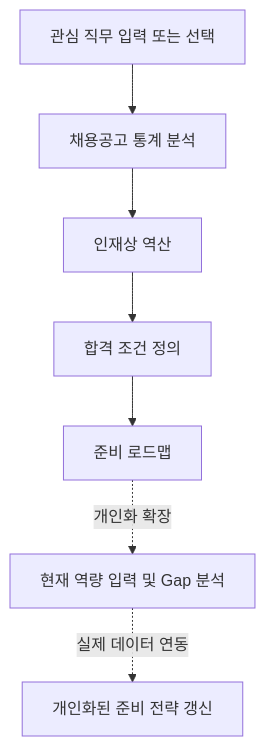
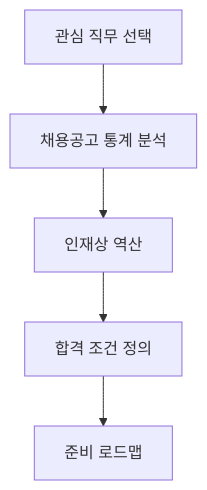
The diagram in docs/plan.md (Mureung1/hub-showcase), drawn with Mermaid before and after one commit. The commit also changed other lines of this file and 1 other file, not shown here.

Commit message:
docs: rework plan and architecture for backend-first reverse-engineering scope

````diff
--- a/docs/plan.md
+++ b/docs/plan.md
@@ -330,10 +171,7 @@
 ```mermaid
 flowchart TD
-    A[관심 직무 입력 또는 선택] --> B[채용공고 통계 분석]
+    A[관심 직무 선택] --> B[채용공고 통계 분석]
     B --> C[인재상 역산]
     C --> D[합격 조건 정의]
     D --> E[준비 로드맵]
-
-    E -. 개인화 확장 .-> F[현재 역량 입력 및 Gap 분석]
-    F -. 실제 데이터 연동 .-> G[개인화된 준비 전략 갱신]
 ```
````
